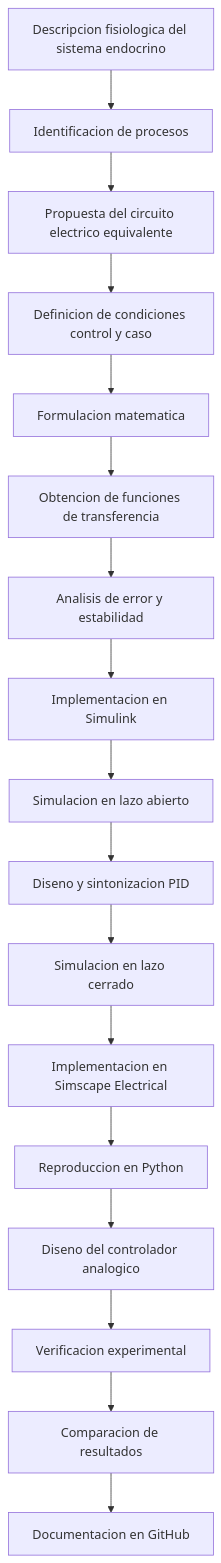
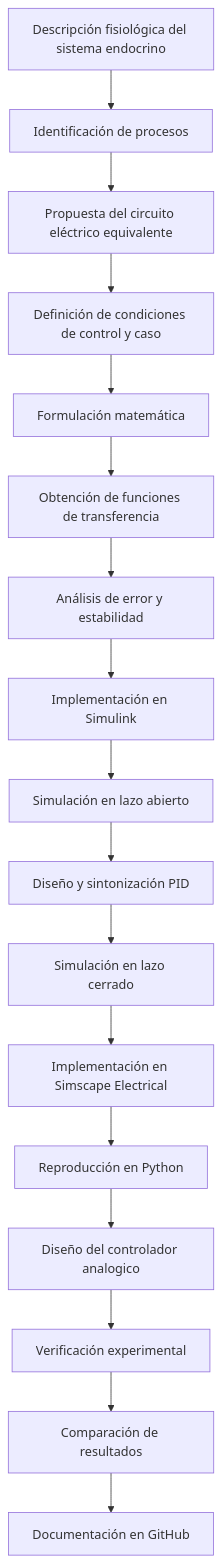
Before and after one commit to Katherine-23212189/MSFP4: the diagram in README.md, drawn with Mermaid. The commit also changed other lines of this file, not shown here.

Commit message:
Fix spelling of 'endócrino' to 'endocrino'

````diff
--- a/README.md
+++ b/README.md
@@ -741,19 +740,19 @@
 ```mermaid
 flowchart TD
-    A[Descripcion fisiologica del sistema endocrino] --> B[Identificacion de procesos]
-    B --> C[Propuesta del circuito electrico equivalente]
-    C --> D[Definicion de condiciones control y caso]
-    D --> E[Formulacion matematica]
-    E --> F[Obtencion de funciones de transferencia]
-    F --> G[Analisis de error y estabilidad]
-    G --> H[Implementacion en Simulink]
-    H --> I[Simulacion en lazo abierto]
-    I --> J[Diseno y sintonizacion PID]
-    J --> K[Simulacion en lazo cerrado]
-    K --> L[Implementacion en Simscape Electrical]
-    L --> M[Reproduccion en Python]
-    M --> N[Diseno del controlador analogico]
-    N --> O[Verificacion experimental]
-    O --> P[Comparacion de resultados]
-    P --> Q[Documentacion en GitHub]
+    A[Descripción fisiológica del sistema endocrino] --> B[Identificación de procesos]
+    B --> C[Propuesta del circuito eléctrico equivalente]
+    C --> D[Definición de condiciones de control y caso]
+    D --> E[Formulación matemática]
+    E --> F[Obtención de funciones de transferencia]
+    F --> G[Análisis de error y estabilidad]
+    G --> H[Implementación en Simulink]
+    H --> I[Simulación en lazo abierto]
+    I --> J[Diseño y sintonización PID]
+    J --> K[Simulación en lazo cerrado]
+    K --> L[Implementación en Simscape Electrical]
+    L --> M[Reproducción en Python]
+    M --> N[Diseño del controlador analogico]
+    N --> O[Verificación experimental]
+    O --> P[Comparación de resultados]
+    P --> Q[Documentación en GitHub]
 ```
````
